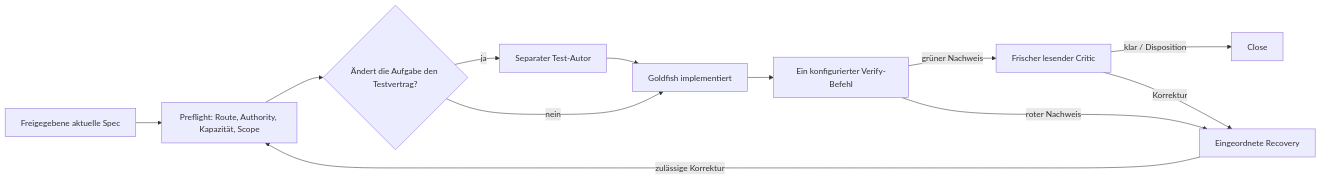
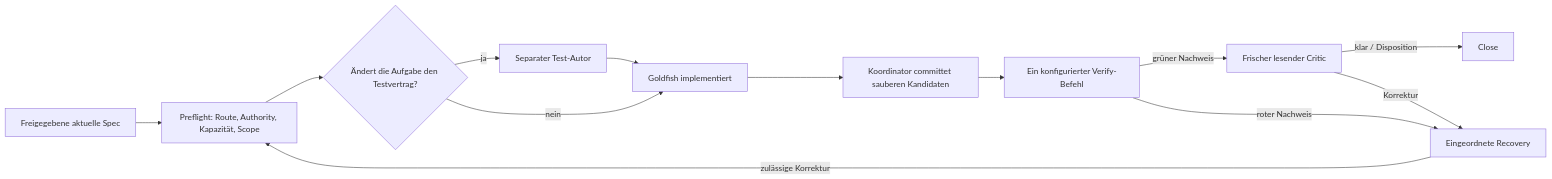
One commit to agent-pipe-shared/agent-pipeline changed the second of 2 diagrams in PIPELINE_FLOW.de.md. Above: the diagram before and after it, drawn with Mermaid. The commit also changed other lines of this file and 73 other files, not shown here.

````diff
--- a/PIPELINE_FLOW.de.md
+++ b/PIPELINE_FLOW.de.md
@@ -135,14 +142,15 @@
 ```mermaid
 flowchart LR
     SP[Freigegebene aktuelle Spec] --> PF[Preflight: Route, Authority, Kapazität, Scope]
     PF --> TD{Ändert die Aufgabe den Testvertrag?}
     TD -->|ja| T[Separater Test-Autor]
     TD -->|nein| G[Goldfish implementiert]
     T --> G
-    G --> VE[Ein konfigurierter Verify-Befehl]
+    G --> CM[Koordinator committet sauberen Kandidaten]
+    CM --> VE[Ein konfigurierter Verify-Befehl]
     VE -->|grüner Nachweis| CR[Frischer lesender Critic]
     VE -->|roter Nachweis| RE[Eingeordnete Recovery]
     CR -->|klar / Disposition| CO[Close]
     CR -->|Korrektur| RE
     RE -->|zulässige Korrektur| PF
 ```
````
